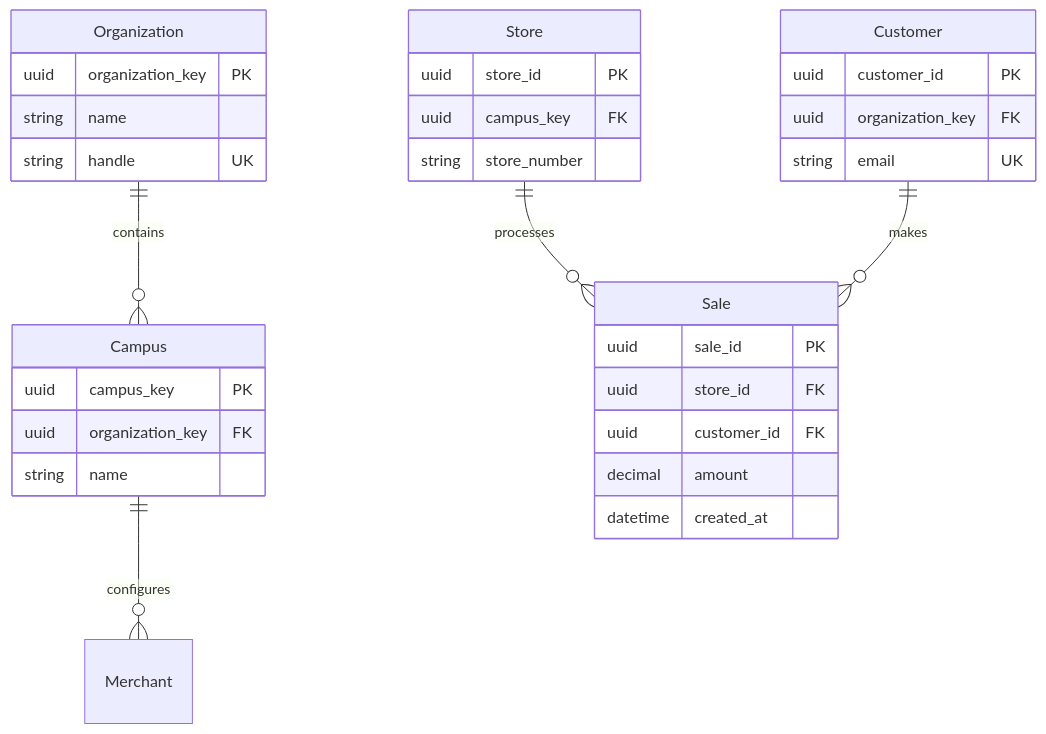
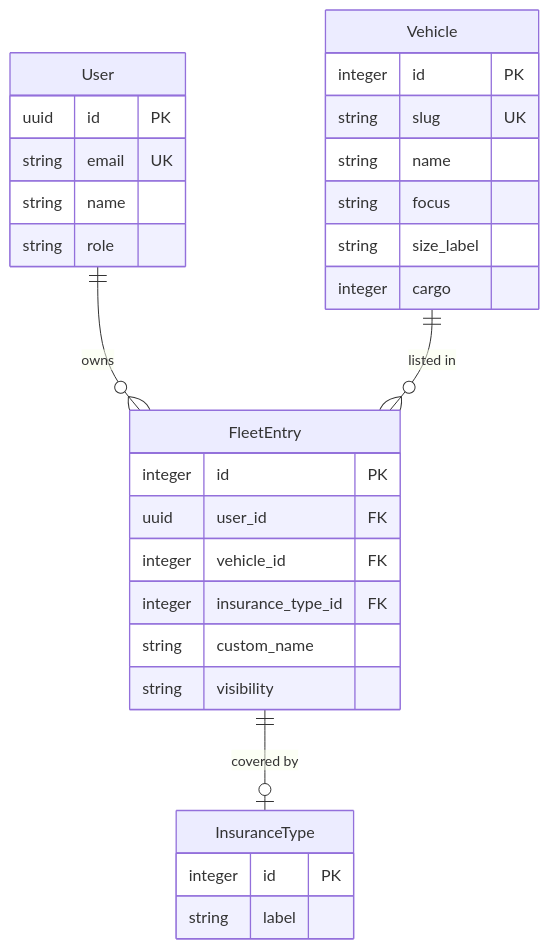
The fourth of 4 diagrams in config/skills/core/mermaid-diagrams/references/er-diagram.md (gavinmcfall/agentic-config), drawn with Mermaid before and after one commit. The commit also changed 8 other files, not shown here.

````diff
--- a/config/skills/core/mermaid-diagrams/references/er-diagram.md
+++ b/config/skills/core/mermaid-diagrams/references/er-diagram.md
@@ -84,41 +84,38 @@
 ```mermaid
 erDiagram
-    Organization ||--o{ Campus : contains
-    Organization {
-        uuid organization_key PK
+    User ||--o{ FleetEntry : owns
+    User {
+        uuid id PK
+        string email UK
         string name
-        string handle UK
+        string role
     }
 
-    Campus ||--o{ Merchant : configures
-    Campus {
-        uuid campus_key PK
-        uuid organization_key FK
+    Vehicle ||--o{ FleetEntry : "listed in"
+    Vehicle {
+        integer id PK
+        string slug UK
         string name
+        string focus
+        string size_label
+        integer cargo
     }
 
-    Store ||--o{ Sale : processes
-    Store {
-        uuid store_id PK
-        uuid campus_key FK
-        string store_number
+    FleetEntry ||--o| InsuranceType : "covered by"
+    FleetEntry {
+        integer id PK
+        uuid user_id FK
+        integer vehicle_id FK
+        integer insurance_type_id FK
+        string custom_name
+        string visibility
     }
 
-    Customer ||--o{ Sale : makes
-    Customer {
-        uuid customer_id PK
-        uuid organization_key FK
-        string email UK
+    InsuranceType {
+        integer id PK
+        string label
     }
 
-    Sale {
-        uuid sale_id PK
-        uuid store_id FK
-        uuid customer_id FK
-        decimal amount
-        datetime created_at
-    }
-
-    %% MEANING: Multi-tenant retail platform core entities
-    %% PATTERN: Organization owns all, scoped by org key
+    %% MEANING: Fleet management — users own ships with insurance
+    %% PATTERN: User scoped, vehicle is shared reference data
 ```
````
